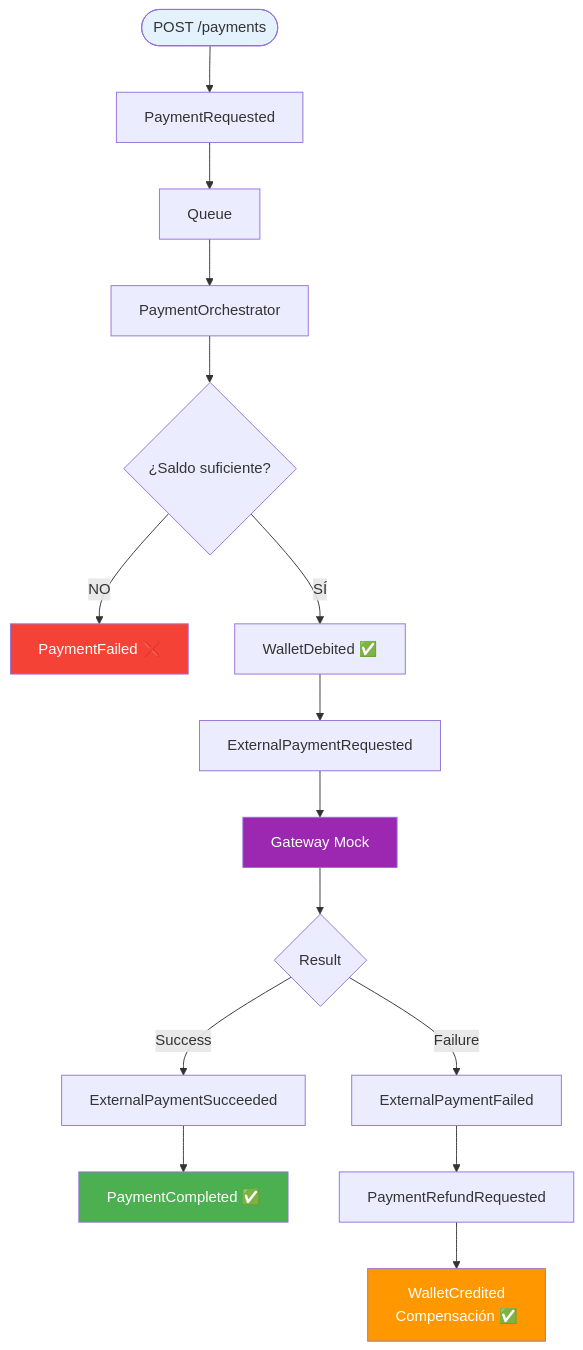
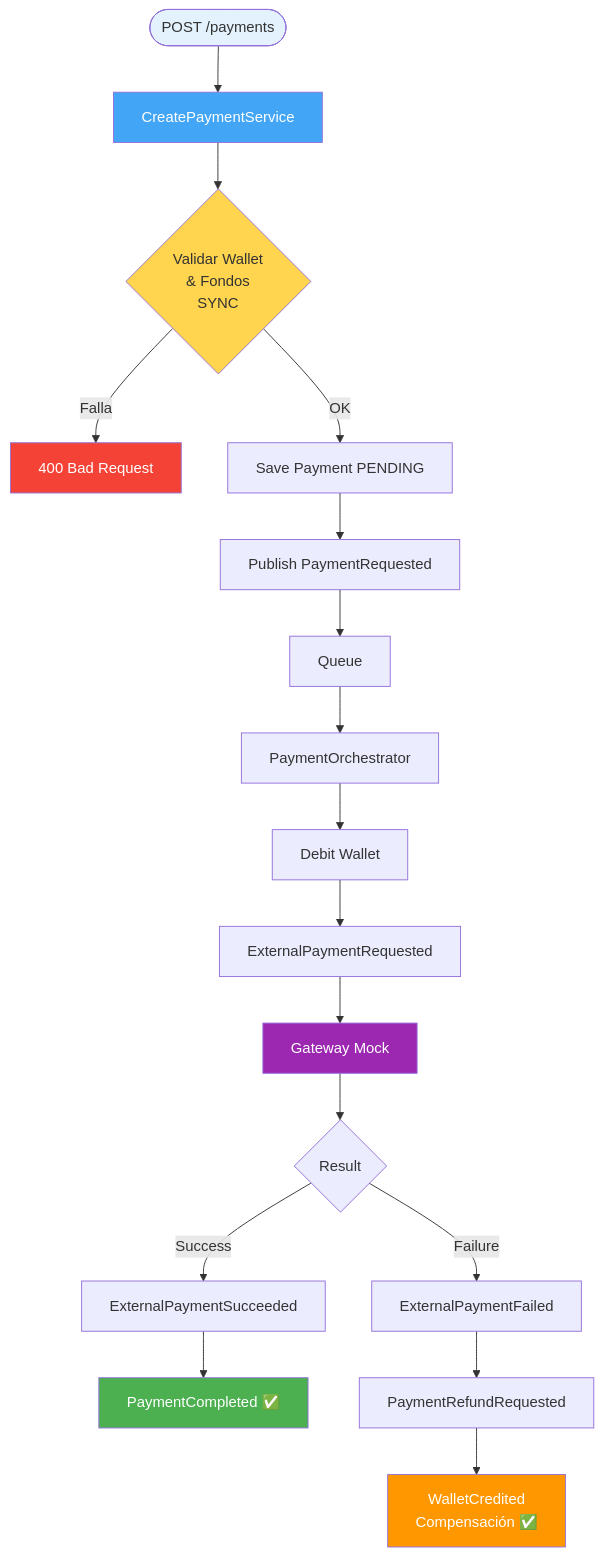
The second of 2 diagrams in README.md (frankko93/payment-api), drawn with Mermaid before and after one commit. The commit also changed 5 other files, not shown here.

````diff
--- a/README.md
+++ b/README.md
@@ -78,28 +78,34 @@
 ```mermaid
 flowchart TD
-    Start([POST /payments]) --> PR[PaymentRequested]
+    Start([POST /payments]) --> CPS[CreatePaymentService]
+    
+    CPS --> VW{Validar Wallet<br/>& Fondos<br/>SYNC}
+    VW -->|Falla| Err400[400 Bad Request]
+    VW -->|OK| Save[Save Payment PENDING]
+    
+    Save --> PR[Publish PaymentRequested]
     PR --> Q1[Queue]
+    
     Q1 --> PO[PaymentOrchestrator]
-    PO --> Check{¿Saldo suficiente?}
-    
-    Check -->|NO| PF[PaymentFailed ❌]
-    Check -->|SÍ| WD[WalletDebited ✅]
+    PO --> WD[Debit Wallet]
     
     WD --> EPR[ExternalPaymentRequested]
     EPR --> GM[Gateway Mock]
     GM --> GCheck{Result}
     
     GCheck -->|Success| EPS[ExternalPaymentSucceeded]
     GCheck -->|Failure| EPF[ExternalPaymentFailed]
     
     EPS --> PC[PaymentCompleted ✅]
     
     EPF --> PRR[PaymentRefundRequested]
     PRR --> WC[WalletCredited<br/>Compensación ✅]
     
     style Start fill:#e3f2fd
+    style VW fill:#ffd54f
+    style CPS fill:#42a5f5,color:#fff
     style PC fill:#4caf50,color:#fff
-    style PF fill:#f44336,color:#fff
+    style Err400 fill:#f44336,color:#fff
     style WC fill:#ff9800,color:#fff
     style GM fill:#9c27b0,color:#fff
 ```
````
